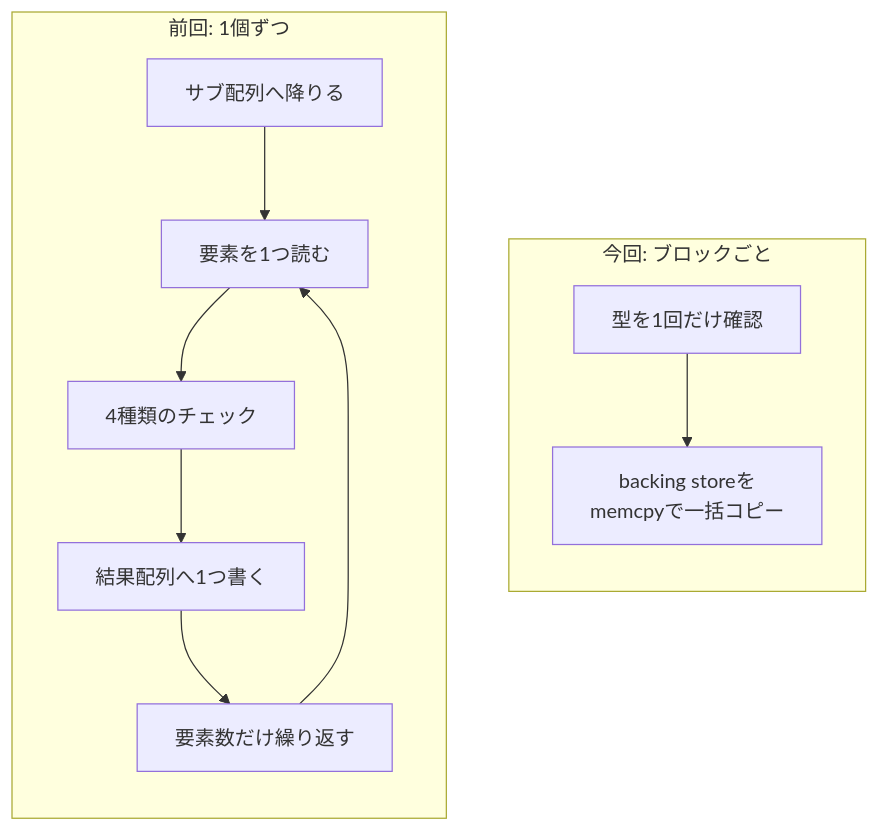
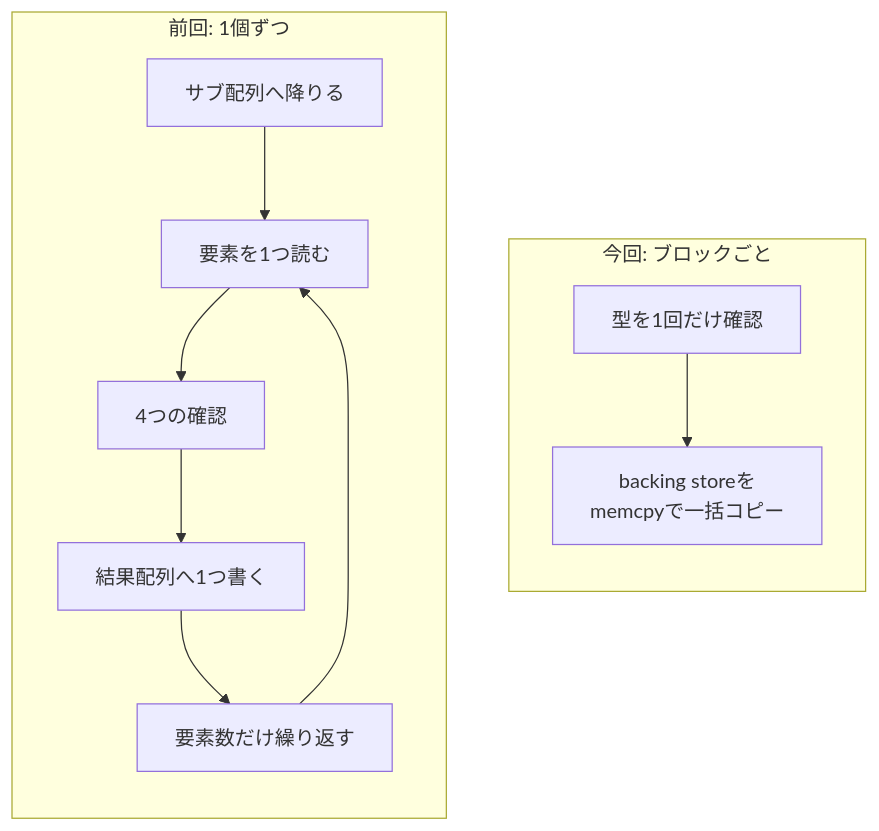
Before and after one commit to riya-amemiya/amemiya_riya_zenn_data: the first of 7 diagrams in articles/e12fbacc8e761c.md, drawn with Mermaid. The commit also changed other lines of this file, not shown here.

````diff
--- a/articles/e12fbacc8e761c.md
+++ b/articles/e12fbacc8e761c.md
@@ -99,18 +95,18 @@
 ```mermaid
 flowchart LR
     subgraph old ["前回: 1個ずつ"]
         direction TB
         O1["サブ配列へ降りる"] --> O2["要素を1つ読む"]
-        O2 --> O3["4種類のチェック"]
+        O2 --> O3["4つの確認"]
         O3 --> O4["結果配列へ1つ書く"]
         O4 --> O5["要素数だけ繰り返す"]
         O5 --> O2
     end
 
     old ~~~ new
 
     subgraph new ["今回: ブロックごと"]
         direction TB
         N1["型を1回だけ確認"] --> N2["backing storeを<br>memcpyで一括コピー"]
     end
 ```
````
